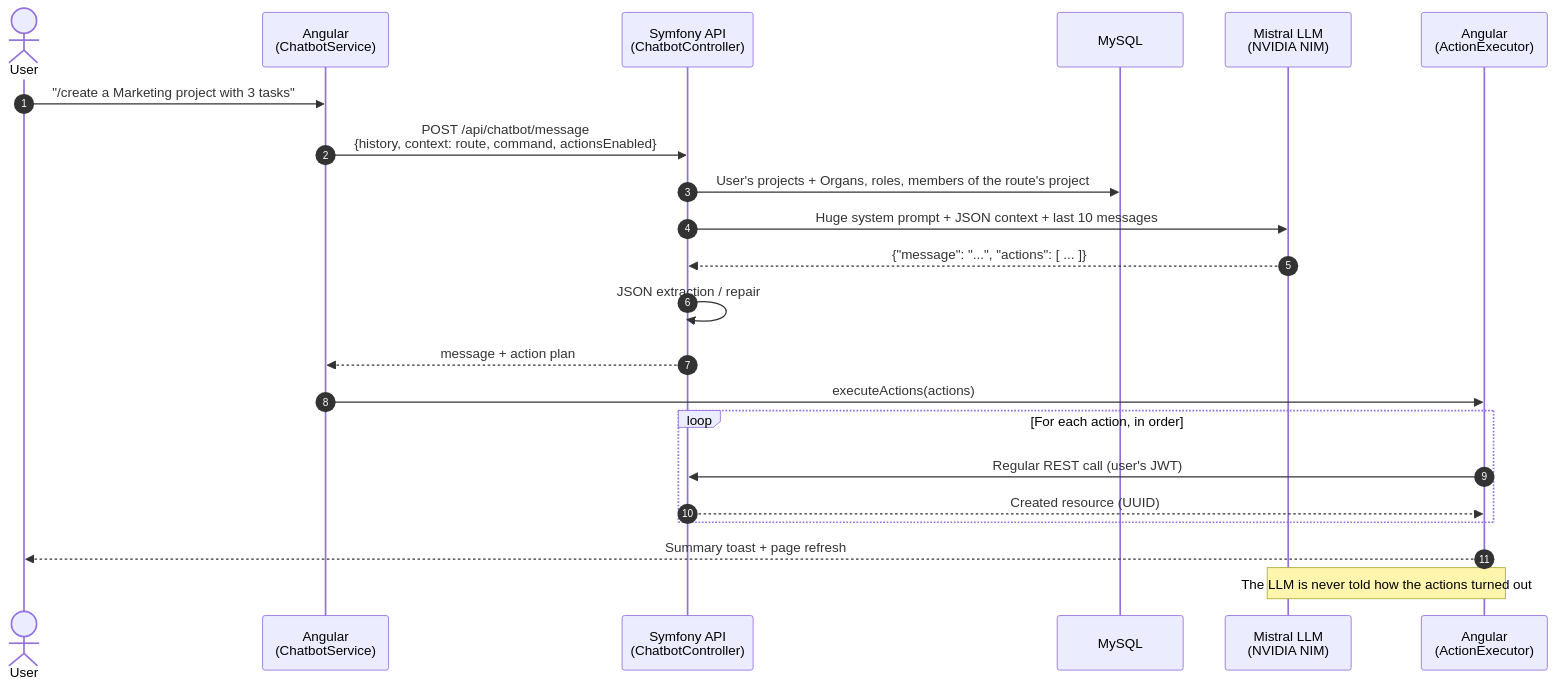
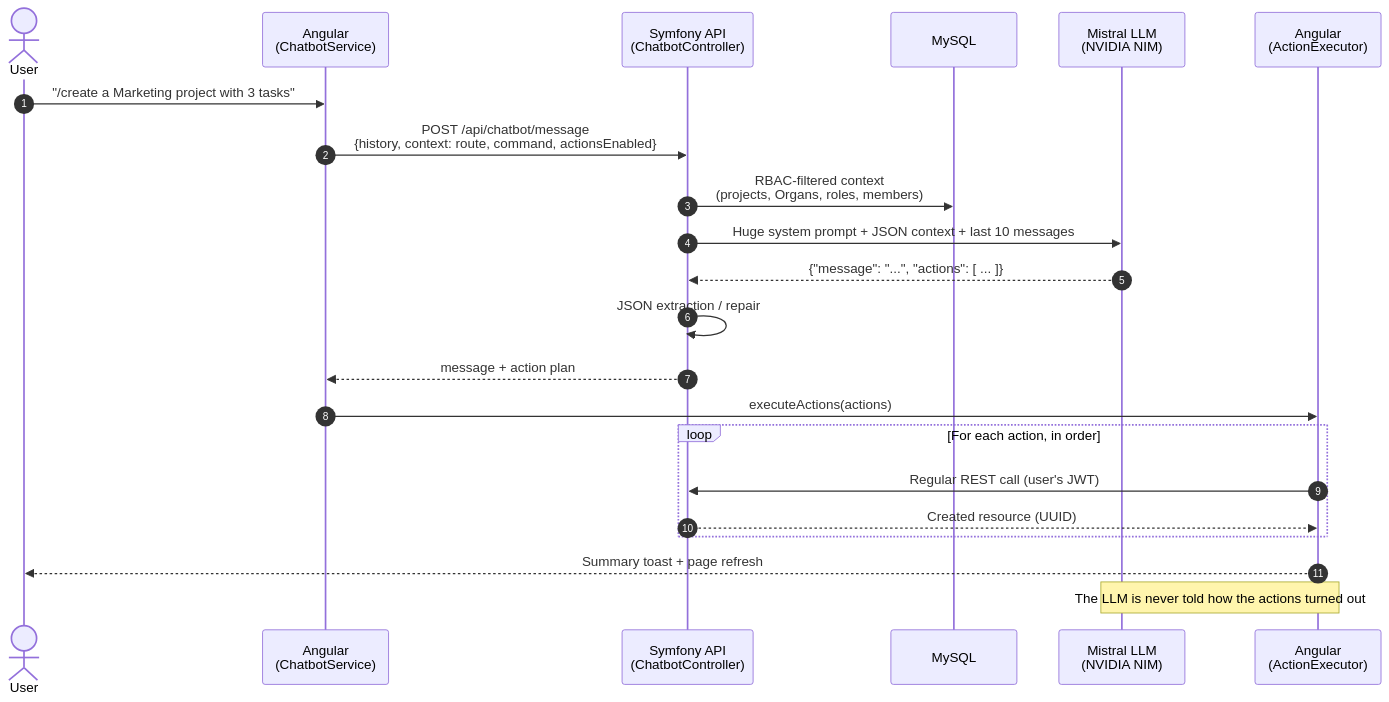
Before and after one commit to the-voxel-studio/organ: the second of 2 diagrams in README.md, drawn with Mermaid. The commit also changed other lines of this file and 4 other files, not shown here.

First line of the commit message:
fix(chatbot): enforce RBAC on the context injected into the AI prompt

````diff
--- a/README.md
+++ b/README.md
@@ -269,25 +269,25 @@
 ```mermaid
 sequenceDiagram
     autonumber
     actor U as User
     participant F as Angular<br/>(ChatbotService)
     participant A as Symfony API<br/>(ChatbotController)
     participant DB as MySQL
     participant L as Mistral LLM<br/>(NVIDIA NIM)
     participant E as Angular<br/>(ActionExecutor)
 
     U->>F: "/create a Marketing project with 3 tasks"
     F->>A: POST /api/chatbot/message<br/>{history, context: route, command, actionsEnabled}
-    A->>DB: User's projects + Organs, roles, members of the route's project
+    A->>DB: RBAC-filtered context<br/>(projects, Organs, roles, members)
     A->>L: Huge system prompt + JSON context + last 10 messages
     L-->>A: {"message": "...", "actions": [ ... ]}
     A->>A: JSON extraction / repair
     A-->>F: message + action plan
     F->>E: executeActions(actions)
     loop For each action, in order
         E->>A: Regular REST call (user's JWT)
         A-->>E: Created resource (UUID)
     end
     E-->>U: Summary toast + page refresh
     Note over L,E: The LLM is never told how the actions turned out
 ```
````
